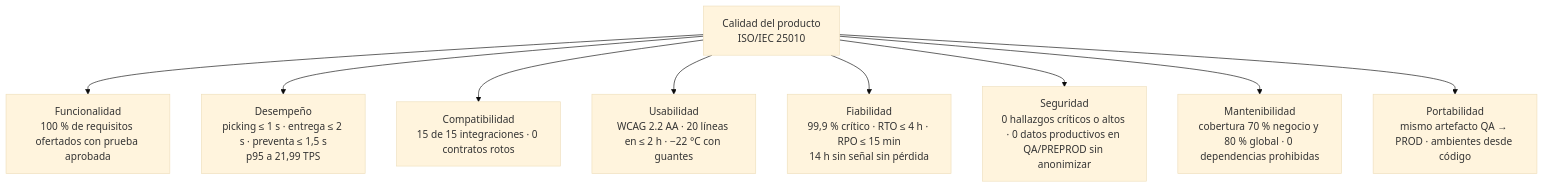
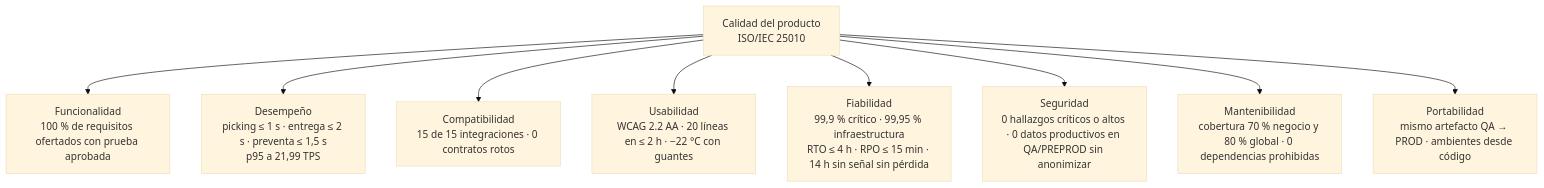
The second of 10 diagrams in 09_plan_calidad/LAFROX-Subdocumento9.md (PatricioH315/LafroX), drawn with Mermaid (base theme) before and after one commit. The commit also changed other lines of this file and 18 other files, not shown here.

````diff
--- a/09_plan_calidad/LAFROX-Subdocumento9.md
+++ b/09_plan_calidad/LAFROX-Subdocumento9.md
@@ -128,12 +124,12 @@
 ```mermaid
 flowchart TD
     Q["Calidad del producto<br/>ISO/IEC 25010"]
     Q --> F["Funcionalidad<br/>100 % de requisitos ofertados con prueba aprobada"]
     Q --> D["Desempeño<br/>picking ≤ 1 s · entrega ≤ 2 s · preventa ≤ 1,5 s<br/>p95 a 21,99 TPS"]
     Q --> C["Compatibilidad<br/>15 de 15 integraciones · 0 contratos rotos"]
     Q --> U["Usabilidad<br/>WCAG 2.2 AA · 20 líneas en ≤ 2 h · −22 °C con guantes"]
-    Q --> R["Fiabilidad<br/>99,9 % crítico · RTO ≤ 4 h · RPO ≤ 15 min<br/>14 h sin señal sin pérdida"]
+    Q --> R["Fiabilidad<br/>99,9 % crítico · 99,95 % infraestructura<br/>RTO ≤ 4 h · RPO ≤ 15 min · 14 h sin señal sin pérdida"]
     Q --> S["Seguridad<br/>0 hallazgos críticos o altos · 0 datos productivos en QA/PREPROD sin anonimizar"]
     Q --> M["Mantenibilidad<br/>cobertura 70 % negocio y 80 % global · 0 dependencias prohibidas"]
     Q --> P["Portabilidad<br/>mismo artefacto QA → PROD · ambientes desde código"]
 ```
````
